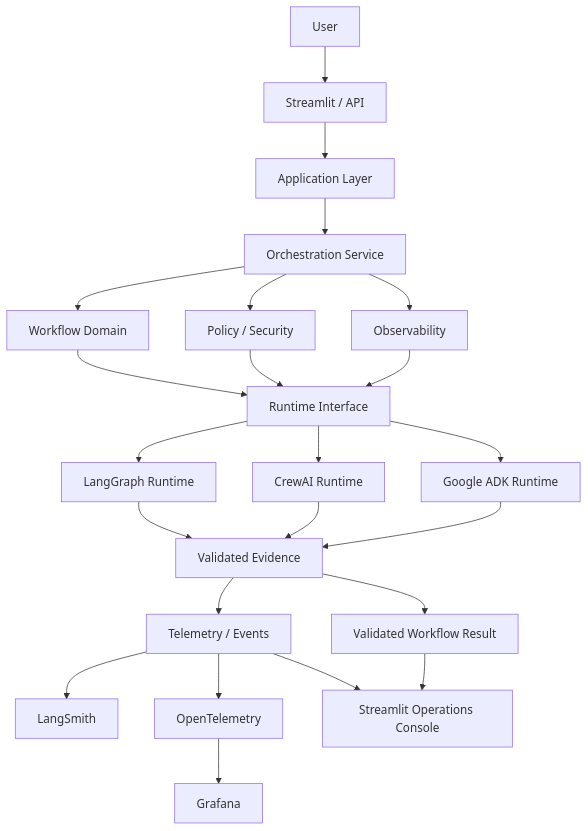
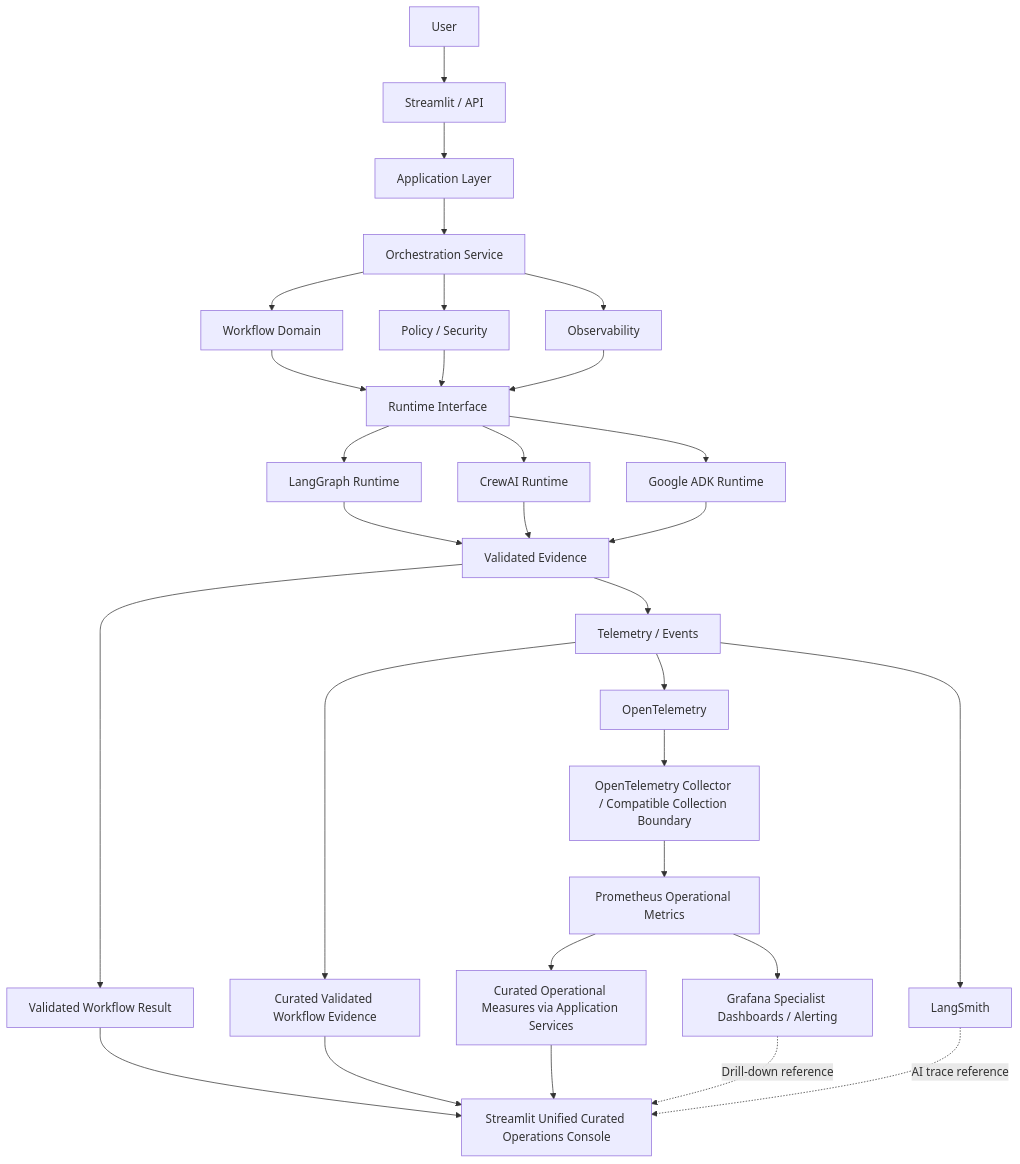
Before and after one commit to dmortalla/dm-aiep-modules: the first of 3 diagrams in module-06/docs/ARCHITECTURE.md, drawn with Mermaid. The commit also changed other lines of this file and 6 other files, not shown here.

Commit message:
docs: refine module 6 observability architecture

````diff
--- a/module-06/docs/ARCHITECTURE.md
+++ b/module-06/docs/ARCHITECTURE.md
@@ -27,25 +31,32 @@
 ```mermaid
 flowchart TD
     U[User] --> UI[Streamlit / API]
     UI --> APP[Application Layer]
     APP --> ORCH[Orchestration Service]
     ORCH --> DOMAIN[Workflow Domain]
     ORCH --> POLICY[Policy / Security]
     ORCH --> OBS[Observability]
     DOMAIN --> RI[Runtime Interface]
     POLICY --> RI
     OBS --> RI
     RI --> LG[LangGraph Runtime]
     RI --> CR[CrewAI Runtime]
     RI --> ADK[Google ADK Runtime]
     LG --> VE[Validated Evidence]
     CR --> VE
     ADK --> VE
     VE --> TE[Telemetry / Events]
     VE --> RESULT[Validated Workflow Result]
     TE --> LS[LangSmith]
     TE --> OTEL[OpenTelemetry]
-    OTEL --> GF[Grafana]
-    RESULT --> ST[Streamlit Operations Console]
-    TE --> ST
+    OTEL --> COL[OpenTelemetry Collector / Compatible Collection Boundary]
+    COL --> PM[Prometheus Operational Metrics]
+    PM --> GF[Grafana Specialist Dashboards / Alerting]
+    RESULT --> ST[Streamlit Unified Curated Operations Console]
+    TE --> CE[Curated Validated Workflow Evidence]
+    CE --> ST
+    PM --> CM[Curated Operational Measures via Application Services]
+    CM --> ST
+    GF -. Drill-down reference .-> ST
+    LS -. AI trace reference .-> ST
 ```
````
